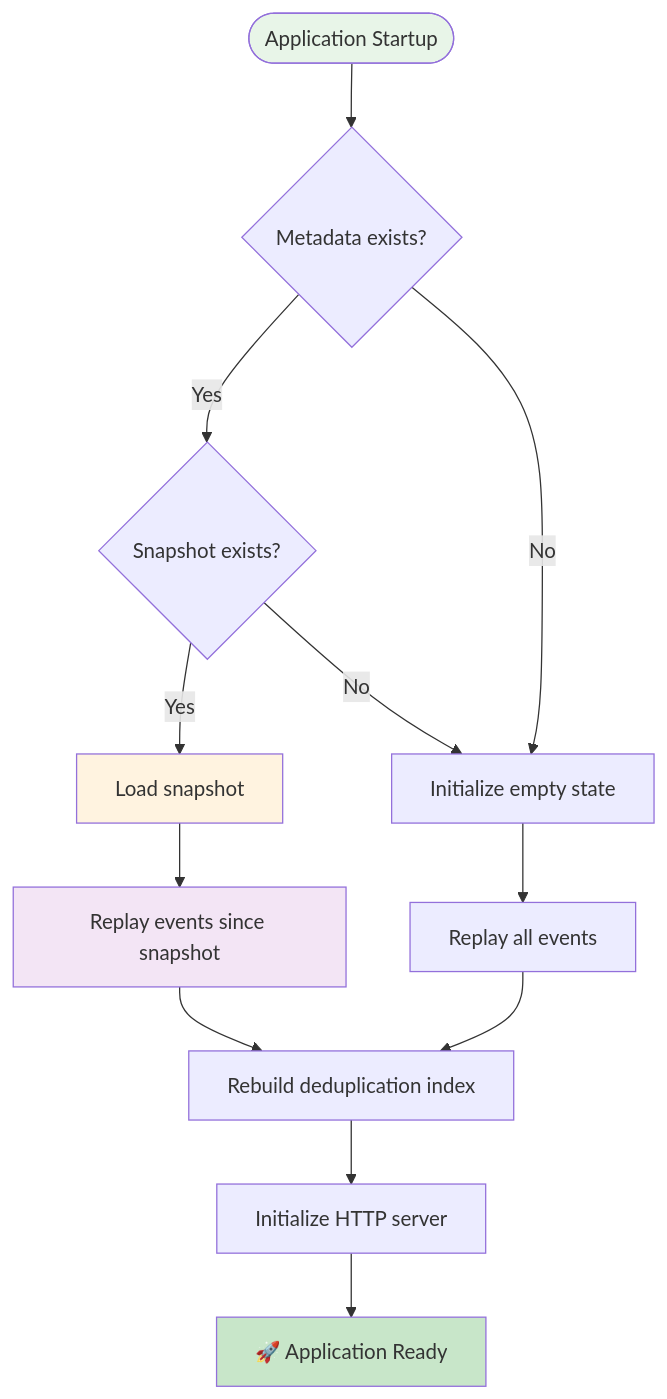
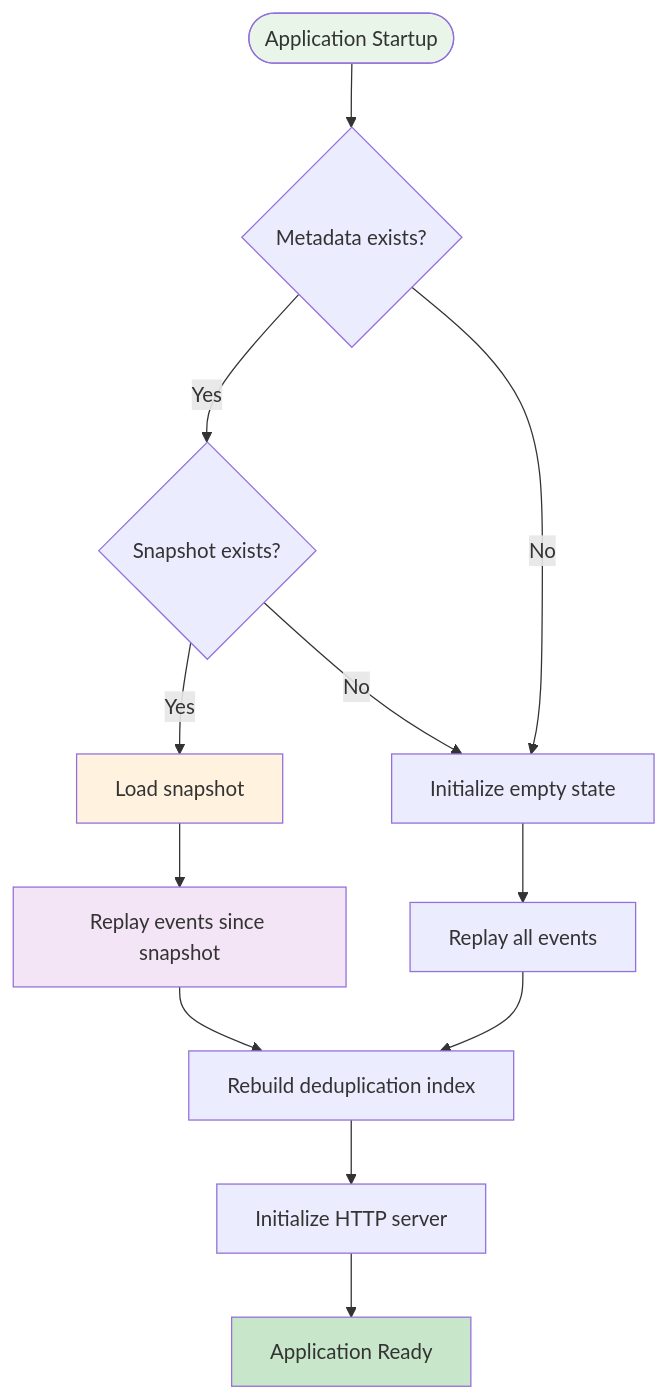
The fifth of 15 diagrams in docs/architecture/system-design.md (lithair/lithair), drawn with Mermaid before and after one commit. The commit also changed other lines of this file and 84 other files, not shown here.

````diff
--- a/docs/architecture/system-design.md
+++ b/docs/architecture/system-design.md
@@ -156,24 +156,24 @@
 ```mermaid
 flowchart TD
     START([Application Startup]) --> LOAD_META{Metadata exists?}
 
     LOAD_META -->|Yes| LOAD_SNAP{Snapshot exists?}
     LOAD_META -->|No| INIT_EMPTY[Initialize empty state]
 
     LOAD_SNAP -->|Yes| RESTORE_SNAP[Load snapshot]
     LOAD_SNAP -->|No| INIT_EMPTY
 
     RESTORE_SNAP --> REPLAY_EVENTS[Replay events since snapshot]
     INIT_EMPTY --> REPLAY_ALL[Replay all events]
 
     REPLAY_EVENTS --> BUILD_DEDUP[Rebuild deduplication index]
     REPLAY_ALL --> BUILD_DEDUP
 
     BUILD_DEDUP --> INIT_HTTP[Initialize HTTP server]
-    INIT_HTTP --> READY[🚀 Application Ready]
+    INIT_HTTP --> READY[Application Ready]
 
     style START fill:#e8f5e8
     style READY fill:#c8e6c9
     style RESTORE_SNAP fill:#fff3e0
     style REPLAY_EVENTS fill:#f3e5f5
 ```
````
